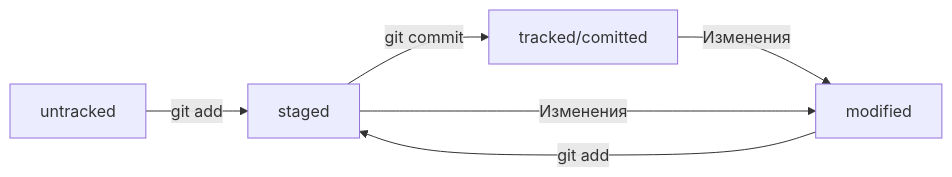
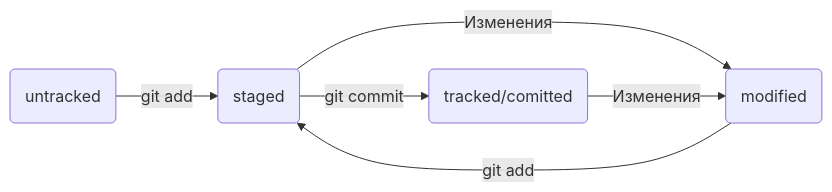
One commit to AleksandrPU/git-summary changed the diagram in readme.md. Above: the diagram before and after it, drawn with Mermaid. The commit also changed other lines of this file, not shown here.

Commit message:
feat: Add a section about Mermaid

````diff
--- a/readme.md
+++ b/readme.md
@@ -315,8 +315,8 @@
 ```mermaid
 graph LR
-    untracked -- "git add" --> staged;
-    staged -- "git commit" --> tracked/comitted;
-    tracked/comitted -- "Изменения" --> modified;
-    modified -- "git add" --> staged;
-    staged -- "Изменения" --> modified;
+    A(untracked) -- "git add" --> B(staged)
+    B(staged) -- "Изменения" --> D(modified)
+    B(staged) -- "git commit" --> C(tracked/comitted)
+    C(tracked/comitted) -- "Изменения" --> D(modified)
+    D(modified) -- "git add" --> B(staged)
 ```
````
